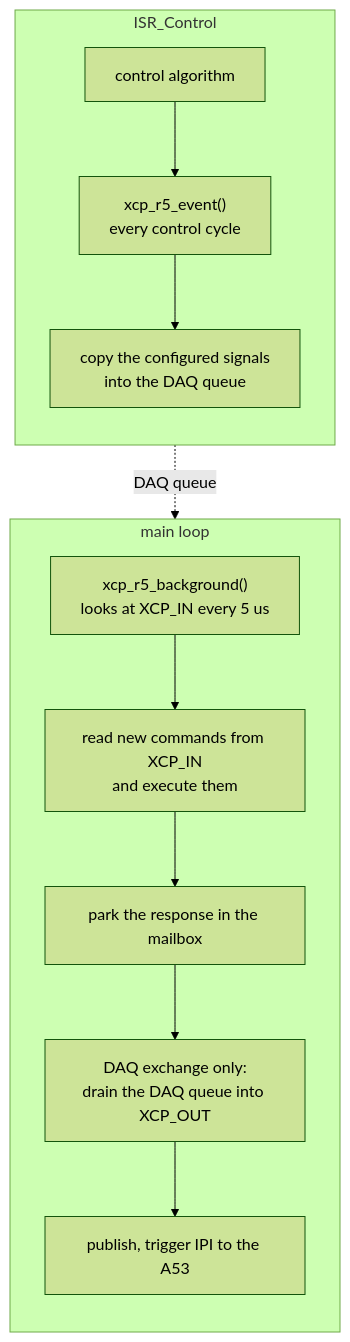
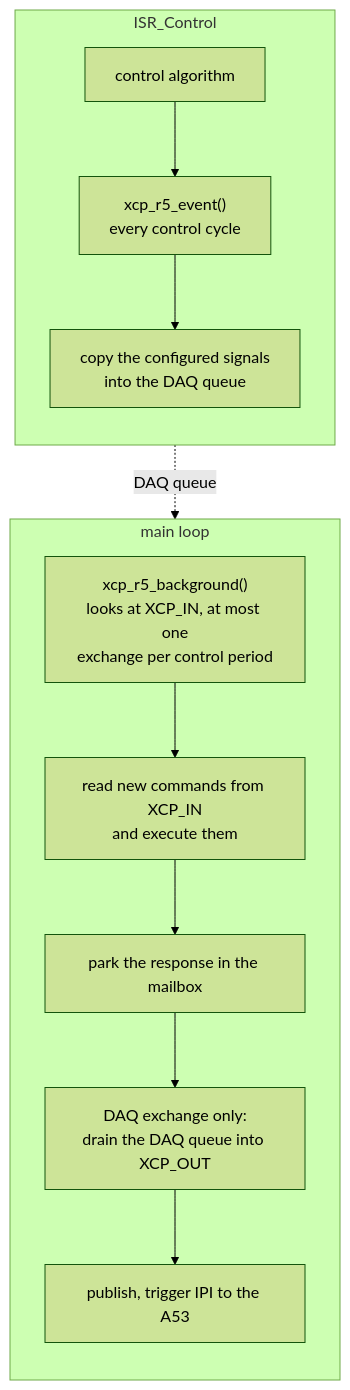
The second of 5 diagrams in docs/source/guide/XCP/XCP_architecture.rst (ultrazohm/ultrazohm_sw), drawn with Mermaid (forest theme) before and after one commit. The commit also changed other lines of this file and 3 other files, not shown here.

First line of the commit message:
xcptl_ocm: pace the XCP exchange on the control ISR count

```diff
--- a/docs/source/guide/XCP/XCP_architecture.rst
+++ b/docs/source/guide/XCP/XCP_architecture.rst
@@ -53,18 +55,18 @@
 .. mermaid::
     :align: center
     :caption: Split of the XCP work between interrupt and main loop on the R5
 
     flowchart TB
       subgraph ISR["ISR_Control"]
         direction TB
         a["control algorithm"] --> b["xcp_r5_event()<br>every control cycle"]
         b --> c["copy the configured signals<br>into the DAQ queue"]
       end
       subgraph ML["main loop"]
         direction TB
-        d["xcp_r5_background()<br>looks at XCP_IN every 5 us"] --> e["read new commands from XCP_IN<br>and execute them"]
+        d["xcp_r5_background()<br>looks at XCP_IN, at most one<br>exchange per control period"] --> e["read new commands from XCP_IN<br>and execute them"]
         e --> f["park the response in the mailbox"]
         f --> g["DAQ exchange only:<br>drain the DAQ queue into XCP_OUT"]
         g --> h["publish, trigger IPI to the A53"]
       end
       c -. "DAQ queue" .-> g
```
